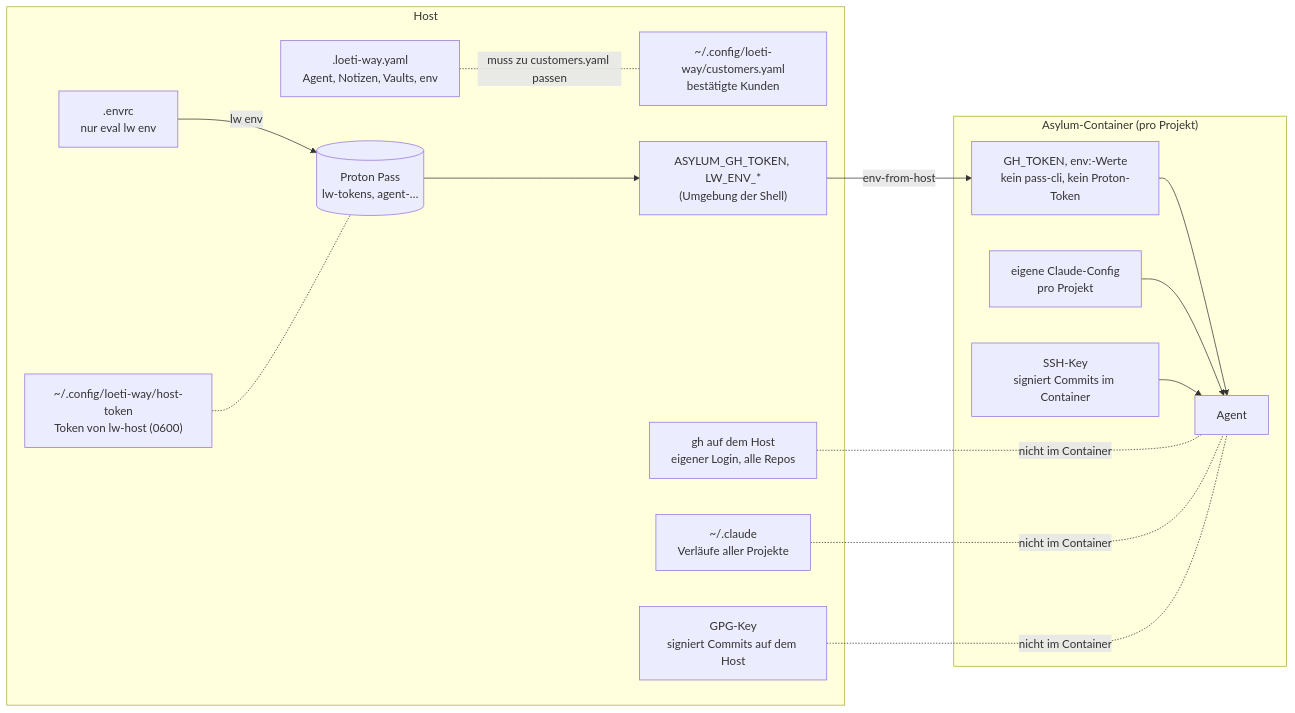
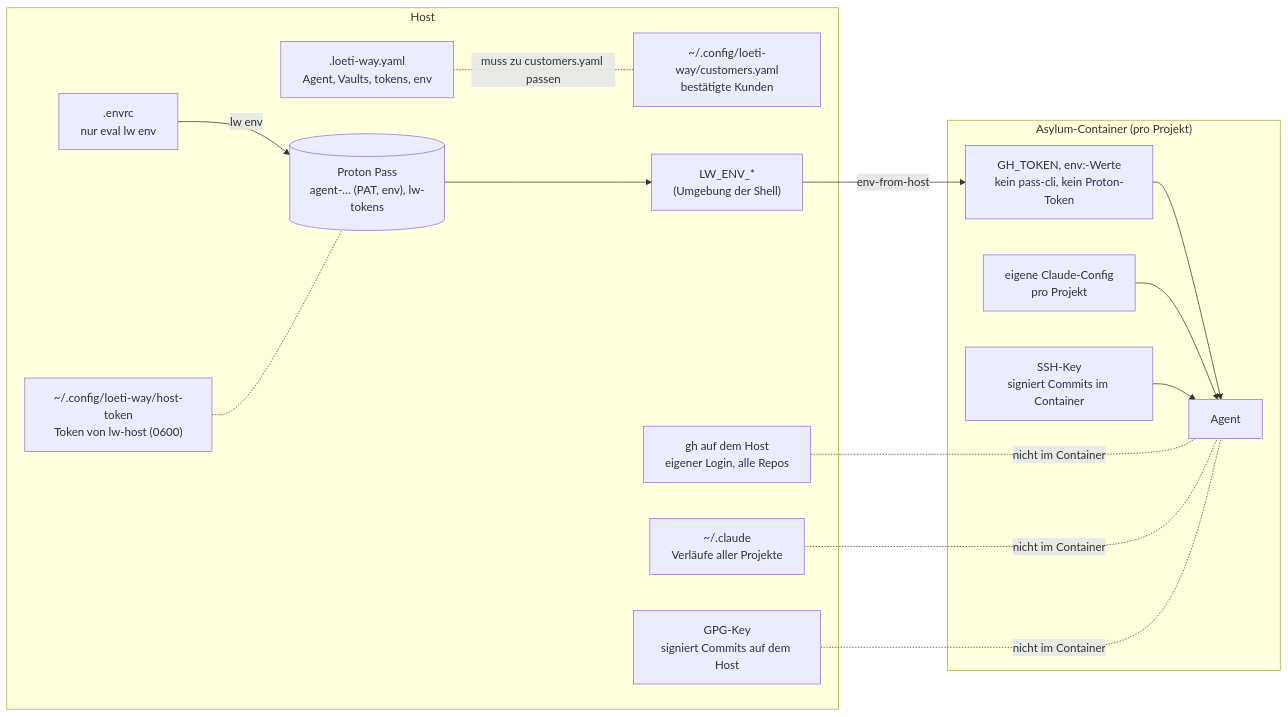
The second of 2 diagrams in docs/asylum-setup.md (loeti/agent-skills), drawn with Mermaid before and after one commit. The commit also changed other lines of this file and 2 other files, not shown here.

First line of the commit message:
asylum-credentials: tokens in agent- vaults, lw token github, LW_ENV_GH_TOKEN

````diff
--- a/docs/asylum-setup.md
+++ b/docs/asylum-setup.md
@@ -60,31 +60,31 @@
 ```mermaid
 flowchart LR
     subgraph Host
-        PP[("Proton Pass<br/>lw-tokens, agent-…")]
+        PP[("Proton Pass<br/>agent-… (PAT, env), lw-tokens")]
         HT["~/.config/loeti-way/host-token<br/>Token von lw-host (0600)"]
         CUST["~/.config/loeti-way/customers.yaml<br/>bestätigte Kunden"]
-        LWY[".loeti-way.yaml<br/>Agent, Notizen, Vaults, env"]
+        LWY[".loeti-way.yaml<br/>Agent, Vaults, tokens, env"]
         ENVRC[".envrc<br/>nur eval lw env"]
-        ENV["ASYLUM_GH_TOKEN, LW_ENV_*<br/>(Umgebung der Shell)"]
+        ENV["LW_ENV_*<br/>(Umgebung der Shell)"]
         GHHOST["gh auf dem Host<br/>eigener Login, alle Repos"]
         CLAUDEHOST["~/.claude<br/>Verläufe aller Projekte"]
         GPG["GPG-Key<br/>signiert Commits auf dem Host"]
     end
     subgraph Container["Asylum-Container (pro Projekt)"]
         TOKEN["GH_TOKEN, env:-Werte<br/>kein pass-cli, kein Proton-Token"]
         AGENT[Agent]
         CFG["eigene Claude-Config<br/>pro Projekt"]
         SSHKEY["SSH-Key<br/>signiert Commits im Container"]
     end
     ENVRC -- "lw env" --> PP
     HT -.- PP
     LWY -.-|"muss zu customers.yaml passen"| CUST
     PP --> ENV
     ENV -- env-from-host --> TOKEN
     TOKEN --> AGENT
     CFG --> AGENT
     SSHKEY --> AGENT
     GHHOST -.-|nicht im Container| AGENT
     CLAUDEHOST -.-|nicht im Container| AGENT
     GPG -.-|nicht im Container| AGENT
 ```
````
